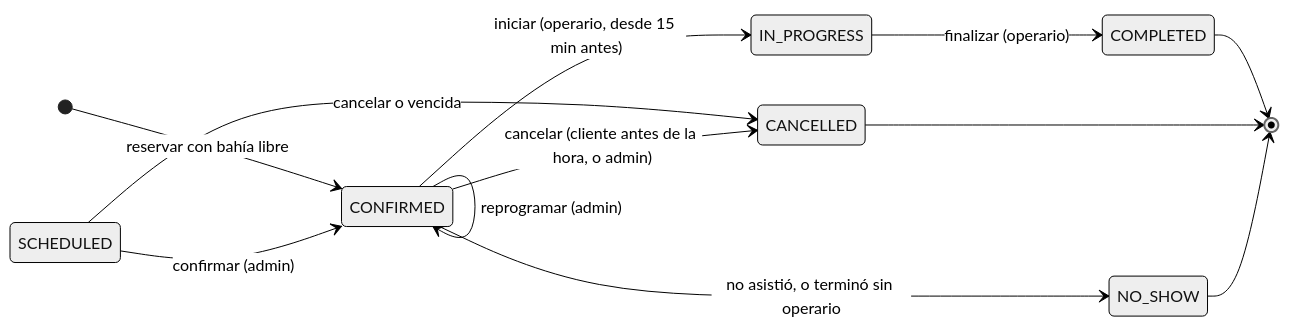
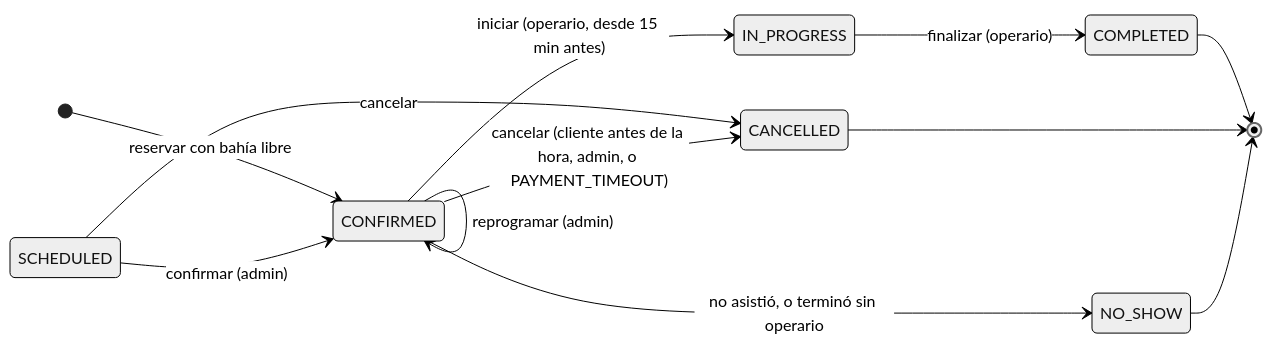
Before and after one commit to BrayanCABRERA123/lavarapido-docs: the second of 2 diagrams in 09_MANUALES/ES/MD/manual-tecnico.md, drawn with Mermaid (neutral theme). The commit also changed other lines of this file, not shown here.

````diff
--- a/09_MANUALES/ES/MD/manual-tecnico.md
+++ b/09_MANUALES/ES/MD/manual-tecnico.md
@@ -919,15 +920,15 @@
 ```mermaid
 stateDiagram-v2
     direction LR
     [*] --> CONFIRMED : reservar con bahía libre
     SCHEDULED --> CONFIRMED : confirmar (admin)
-    SCHEDULED --> CANCELLED : cancelar o vencida
+    SCHEDULED --> CANCELLED : cancelar
     CONFIRMED --> CONFIRMED : reprogramar (admin)
     CONFIRMED --> IN_PROGRESS : iniciar (operario, desde 15 min antes)
-    CONFIRMED --> CANCELLED : cancelar (cliente antes de la hora, o admin)
+    CONFIRMED --> CANCELLED : cancelar (cliente antes de la hora, admin, o PAYMENT_TIMEOUT)
     CONFIRMED --> NO_SHOW : no asistió, o terminó sin operario
     IN_PROGRESS --> COMPLETED : finalizar (operario)
     COMPLETED --> [*]
     CANCELLED --> [*]
     NO_SHOW --> [*]
 ```
````
